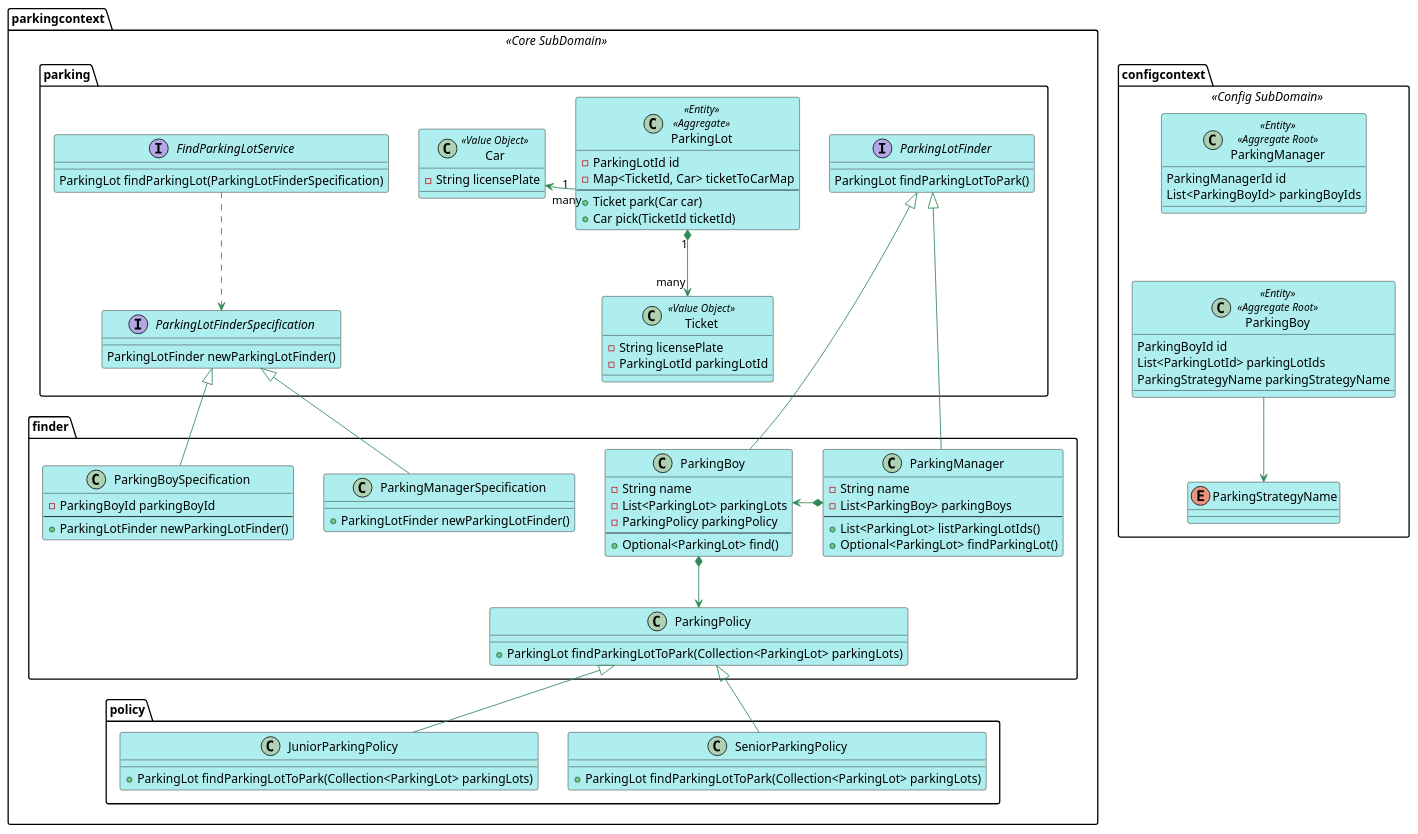
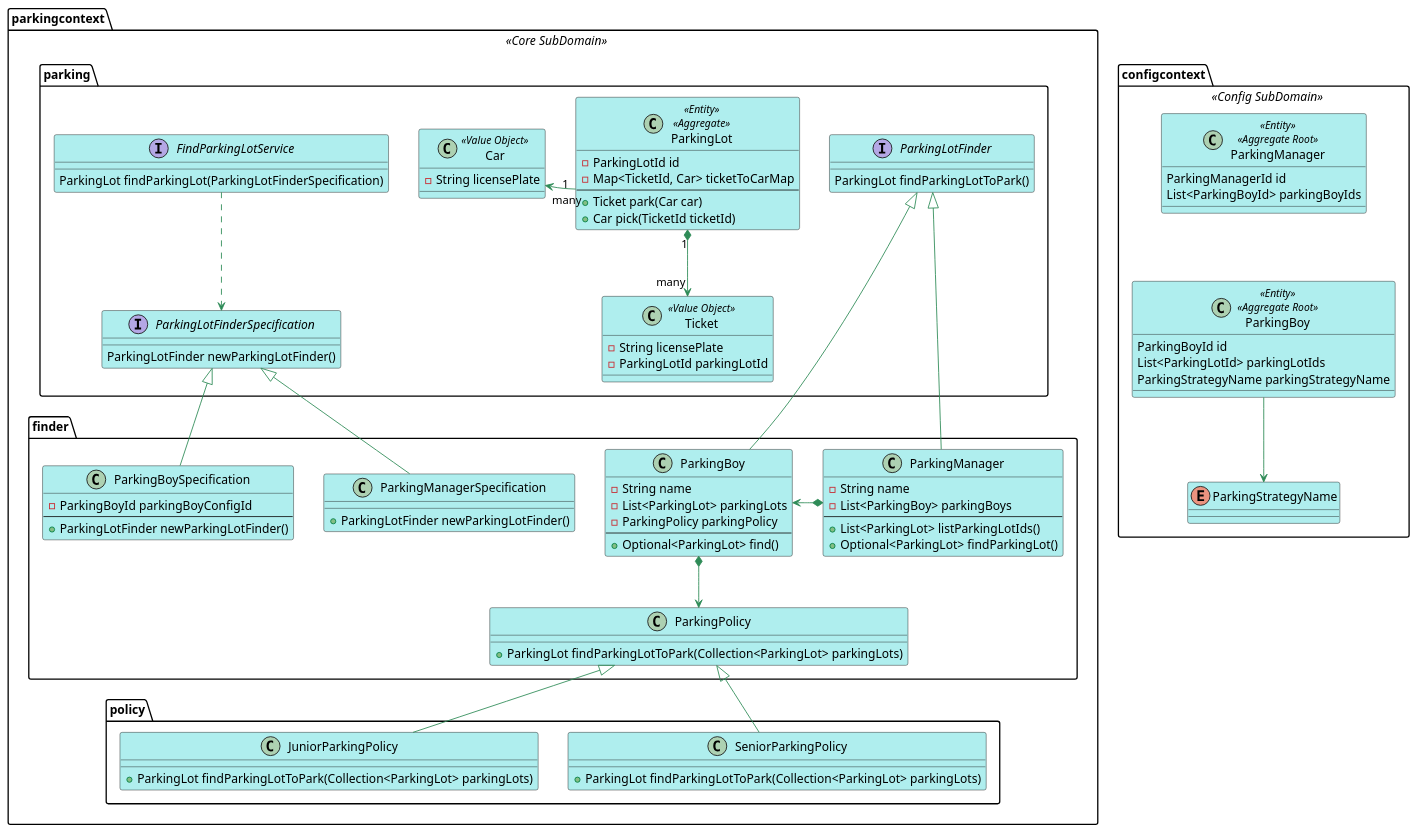
The diagram in graph/domain_model.puml (gitqh/parking-lot-ddd-workshop), drawn with PlantUML before and after one commit. The commit also changed 21 other files, not shown here.

```diff
--- a/graph/domain_model.puml
+++ b/graph/domain_model.puml
@@ -1,100 +1,100 @@
 @startuml parkinglot
 skinparam Shadowing false
 skinparam class {
     BackgroundColor PaleTurquoise 
     ArrowColor SeaGreen
 }
 
 package parkingcontext <<Core SubDomain>> {
     package parking {
         interface FindParkingLotService {
             ParkingLot findParkingLot(ParkingLotFinderSpecification)
         }
         interface ParkingLotFinderSpecification {
             ParkingLotFinder newParkingLotFinder()
         }
         interface ParkingLotFinder {
             ParkingLot findParkingLotToPark()
         }
         class ParkingLot <<Entity>> <<Aggregate>> {
             -ParkingLotId id
             -Map<TicketId, Car> ticketToCarMap
             --
             +Ticket park(Car car)
             +Car pick(TicketId ticketId)
         }
         class Ticket <<Value Object>> {
             -String licensePlate
             -ParkingLotId parkingLotId
         }
         class Car <<Value Object>> {
             -String licensePlate
         }
         FindParkingLotService .down.> ParkingLotFinderSpecification
         ParkingLot "1" *-down-> "many" Ticket
         ParkingLot "1" -right-> "many" Car
         ParkingLot --left[hidden] Car
     }
 
     package finder {
         class ParkingManagerSpecification {
             +ParkingLotFinder newParkingLotFinder()
         }
         class ParkingBoySpecification {
-            -ParkingBoyId parkingBoyId
+            -ParkingBoyId parkingBoyConfigId
             --
             +ParkingLotFinder newParkingLotFinder()
         }
         class ParkingBoy {
             -String name
             -List<ParkingLot> parkingLots
             -ParkingPolicy parkingPolicy
             --
             +Optional<ParkingLot> find()
         }
         class ParkingManager {
             -String name
             -List<ParkingBoy> parkingBoys
             --
             +List<ParkingLot> listParkingLotIds()
             +Optional<ParkingLot> findParkingLot()
         }
         class ParkingPolicy {
             +ParkingLot findParkingLotToPark(Collection<ParkingLot> parkingLots)
         }
         ParkingManagerSpecification -up-|> ParkingLotFinderSpecification
         ParkingBoySpecification -up-|> ParkingLotFinderSpecification
         ParkingManager -up-|> ParkingLotFinder
         ParkingBoy -up-|> ParkingLotFinder
         ParkingManager *-left-> ParkingBoy
         ParkingBoy *--> ParkingPolicy
     }
 
     package policy {
         class SeniorParkingPolicy {
             +ParkingLot findParkingLotToPark(Collection<ParkingLot> parkingLots)
         }
         class JuniorParkingPolicy {
             +ParkingLot findParkingLotToPark(Collection<ParkingLot> parkingLots)
         }
         SeniorParkingPolicy -up-|> ParkingPolicy
         JuniorParkingPolicy -up-|> ParkingPolicy
     }
 }
 
 namespace configcontext <<Config SubDomain>> {
   class ParkingManager <<Entity>> <<Aggregate Root>> {
      ParkingManagerId id
      List<ParkingBoyId> parkingBoyIds
   }
   class ParkingBoy <<Entity>> <<Aggregate Root>> {
     ParkingBoyId id
     List<ParkingLotId> parkingLotIds
     ParkingStrategyName parkingStrategyName
   }
   enum ParkingStrategyName
   ParkingBoy --> ParkingStrategyName
   ParkingManager --[hidden] ParkingBoy
 }
 
 @enduml
```
